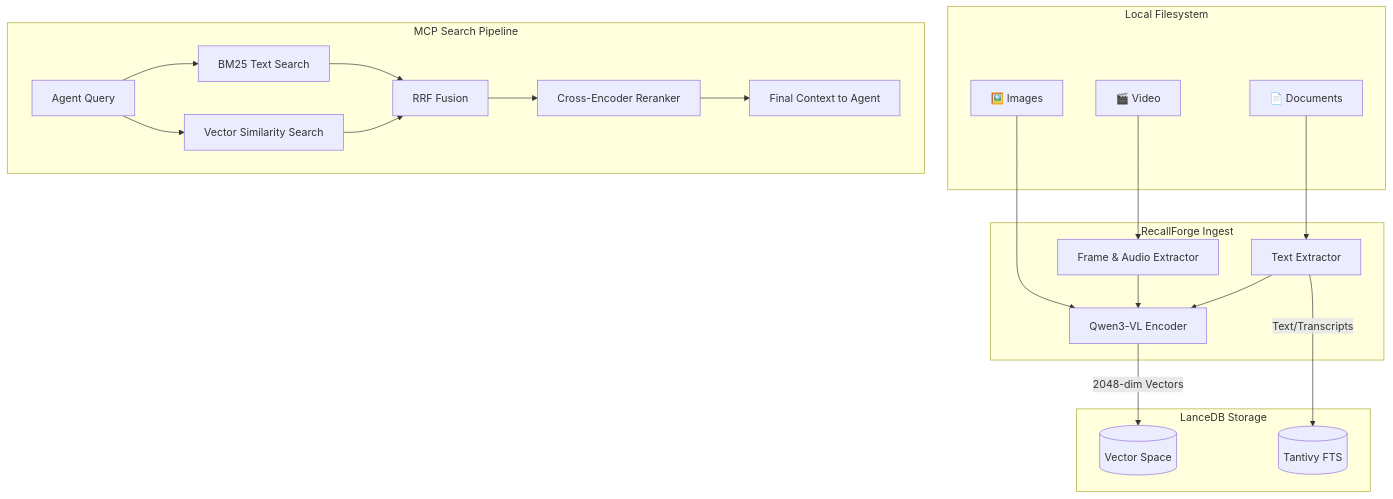
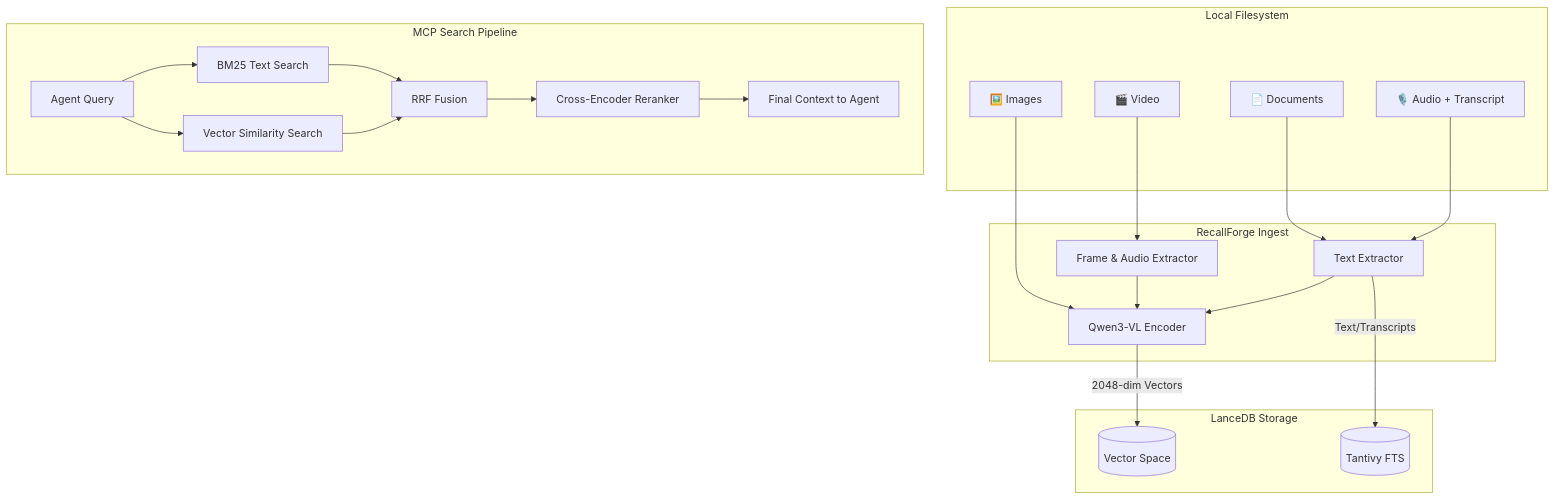
The diagram in README.md (brianmeyer/recallforge), drawn with Mermaid before and after one commit. The commit also changed other lines of this file and 27 other files, not shown here.

````diff
--- a/README.md
+++ b/README.md
@@ -164,30 +166,32 @@
 ```mermaid
 graph TD
     subgraph Local Filesystem
         Docs[📄 Documents]
         Imgs[🖼️ Images]
         Vids[🎬 Video]
+        Aud[🎙️ Audio + Transcript]
     end
 
     subgraph RecallForge Ingest
         Docs --> TxtExt[Text Extractor]
         Imgs --> VLM[Qwen3-VL Encoder]
         Vids --> Frame[Frame & Audio Extractor]
+        Aud --> TxtExt
         Frame --> VLM
         TxtExt --> VLM
     end
 
     subgraph LanceDB Storage
         VLM -->|2048-dim Vectors| VecDB[(Vector Space)]
         TxtExt -->|Text/Transcripts| FTS[(Tantivy FTS)]
     end
 
     subgraph MCP Search Pipeline
         Query[Agent Query] --> BM25[BM25 Text Search]
         Query --> Dense[Vector Similarity Search]
         BM25 --> RRF[RRF Fusion]
         Dense --> RRF
         RRF --> Rerank[Cross-Encoder Reranker]
         Rerank --> Output[Final Context to Agent]
     end
 ```
````
